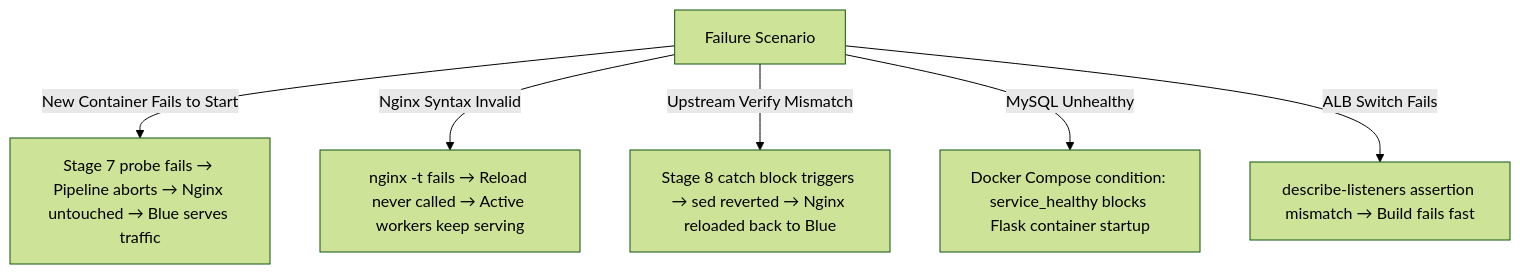
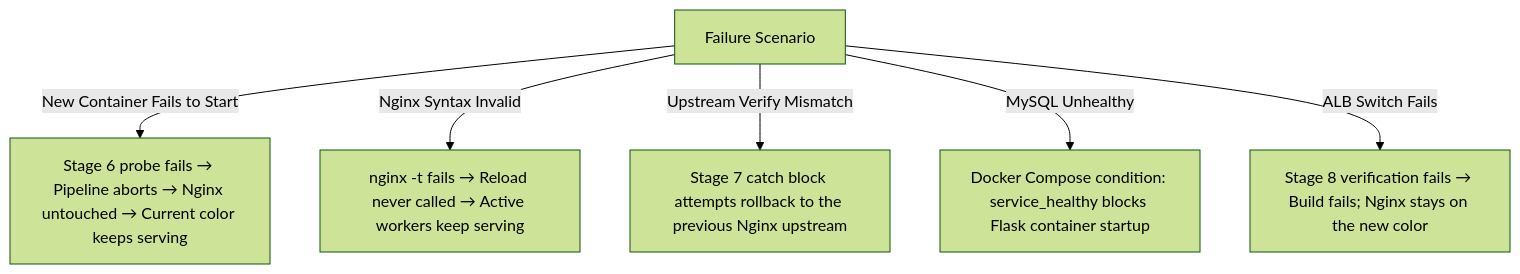
Before and after one commit to 2117Duppy/FeedBoard: the fifth of 5 diagrams in README.md, drawn with Mermaid (forest theme). The commit also changed other lines of this file and 1 other file, not shown here.

Commit message:
Update deployment documentation and pipeline

````diff
--- a/README.md
+++ b/README.md
@@ -363,10 +349,10 @@
 ```mermaid
 flowchart TD
     E1["Failure Scenario"]
     
-    E1 -->|"New Container Fails to Start"| F1["Stage 7 probe fails &rarr; Pipeline aborts &rarr; Nginx untouched &rarr; Blue serves traffic"]
+    E1 -->|"New Container Fails to Start"| F1["Stage 6 probe fails &rarr; Pipeline aborts &rarr; Nginx untouched &rarr; Current color keeps serving"]
     E1 -->|"Nginx Syntax Invalid"| F2["nginx -t fails &rarr; Reload never called &rarr; Active workers keep serving"]
-    E1 -->|"Upstream Verify Mismatch"| F3["Stage 8 catch block triggers &rarr; sed reverted &rarr; Nginx reloaded back to Blue"]
+    E1 -->|"Upstream Verify Mismatch"| F3["Stage 7 catch block attempts rollback to the previous Nginx upstream"]
     E1 -->|"MySQL Unhealthy"| F4["Docker Compose condition: service_healthy blocks Flask container startup"]
-    E1 -->|"ALB Switch Fails"| F5["describe-listeners assertion mismatch &rarr; Build fails fast"]
+    E1 -->|"ALB Switch Fails"| F5["Stage 8 verification fails &rarr; Build fails; Nginx stays on the new color"]
 ```
````
